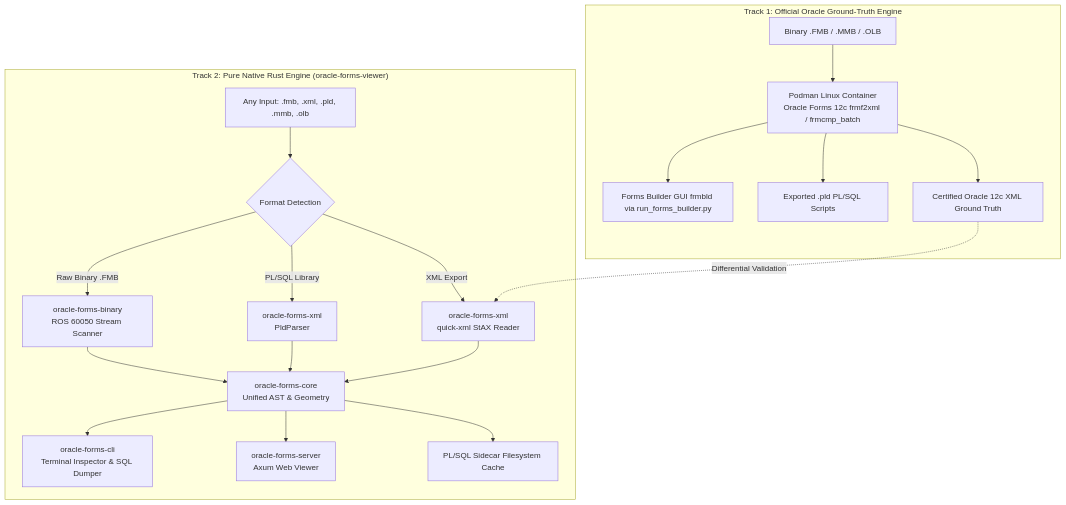
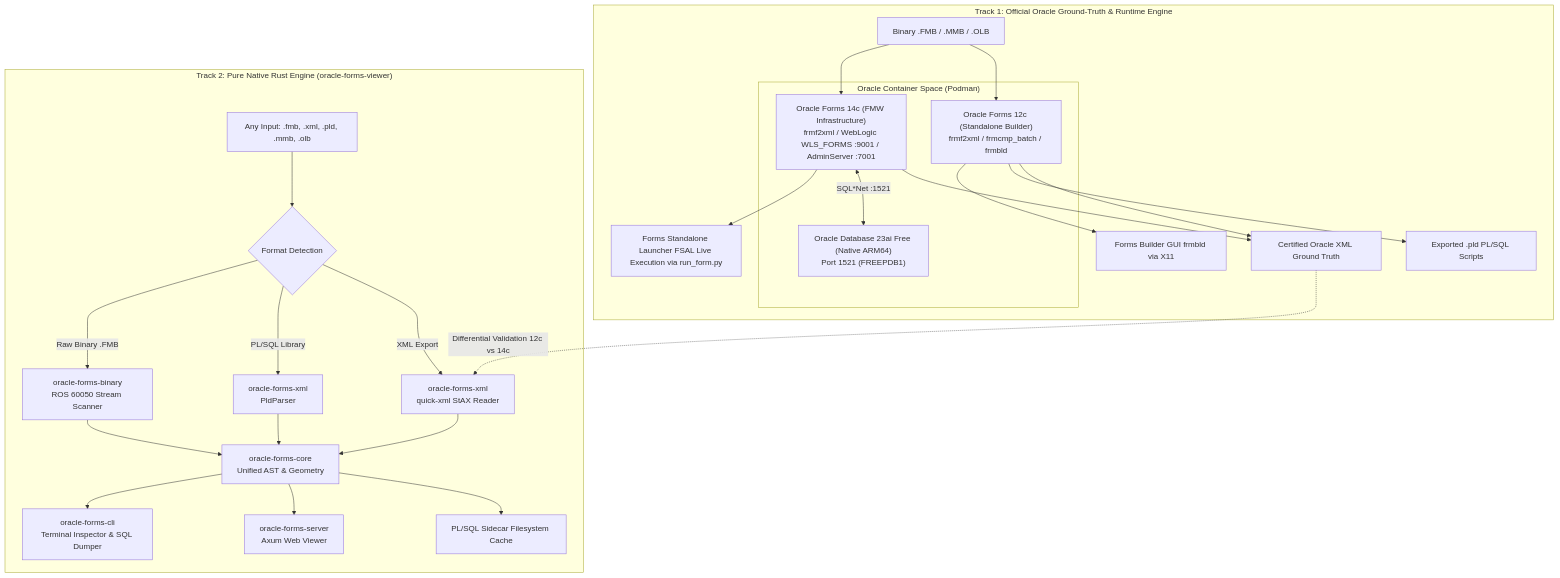
The first of 2 diagrams in architecture.md (richfrem/oracle-forms-viewer), drawn with Mermaid before and after one commit. The commit also changed other lines of this file and 53 other files, not shown here.

First line of the commit message:
feat(testbed): add Oracle Forms 14c testbed, APM plugin skills, and desktop FSAL runner

````diff
--- a/architecture.md
+++ b/architecture.md
@@ -11,24 +11,33 @@
 ```mermaid
 flowchart TD
-    subgraph Track1["Track 1: Official Oracle Ground-Truth Engine"]
-        FMB1[Binary .FMB / .MMB / .OLB] --> PODMAN[Podman Linux Container<br/>Oracle Forms 12c frmf2xml / frmcmp_batch]
-        PODMAN --> CERT_XML[Certified Oracle 12c XML Ground Truth]
-        PODMAN --> CERT_PLD[Exported .pld PL/SQL Scripts]
-        PODMAN --> GUI[Forms Builder GUI frmbld via run_forms_builder.py]
+    subgraph Track1["Track 1: Official Oracle Ground-Truth & Runtime Engine"]
+        subgraph FMW_ENV["Oracle Container Space (Podman)"]
+            F12["Oracle Forms 12c (Standalone Builder)<br/>frmf2xml / frmcmp_batch / frmbld"]
+            F14["Oracle Forms 14c (FMW Infrastructure)<br/>frmf2xml / WebLogic WLS_FORMS :9001 / AdminServer :7001"]
+            DB23["Oracle Database 23ai Free (Native ARM64)<br/>Port 1521 (FREEPDB1)"]
+        end
+        FMB1[Binary .FMB / .MMB / .OLB] --> F12
+        FMB1 --> F14
+        F12 --> CERT_XML[Certified Oracle XML Ground Truth]
+        F12 --> CERT_PLD[Exported .pld PL/SQL Scripts]
+        F12 --> GUI[Forms Builder GUI frmbld via X11]
+        F14 --> CERT_XML
+        F14 <-->|SQL*Net :1521| DB23
+        F14 --> FSAL[Forms Standalone Launcher FSAL Live Execution via run_form.py]
     end
 
     subgraph Track2["Track 2: Pure Native Rust Engine (oracle-forms-viewer)"]
         INPUT[Any Input: .fmb, .xml, .pld, .mmb, .olb] --> DISPATCH{Format Detection}
         DISPATCH -->|XML Export| QXML[oracle-forms-xml<br/>quick-xml StAX Reader]
         DISPATCH -->|PL/SQL Library| PLD[oracle-forms-xml<br/>PldParser]
         DISPATCH -->|Raw Binary .FMB| ROS[oracle-forms-binary<br/>ROS 60050 Stream Scanner]
         QXML --> CORE[oracle-forms-core<br/>Unified AST & Geometry]
         PLD --> CORE
         ROS --> CORE
         CORE --> SIDECARS[PL/SQL Sidecar Filesystem Cache]
         CORE --> HTTP[oracle-forms-server<br/>Axum Web Viewer]
         CORE --> CLI[oracle-forms-cli<br/>Terminal Inspector & SQL Dumper]
     end
 
-    CERT_XML -.->|Differential Validation| QXML
+    CERT_XML -.->|Differential Validation 12c vs 14c| QXML
 ```
````
